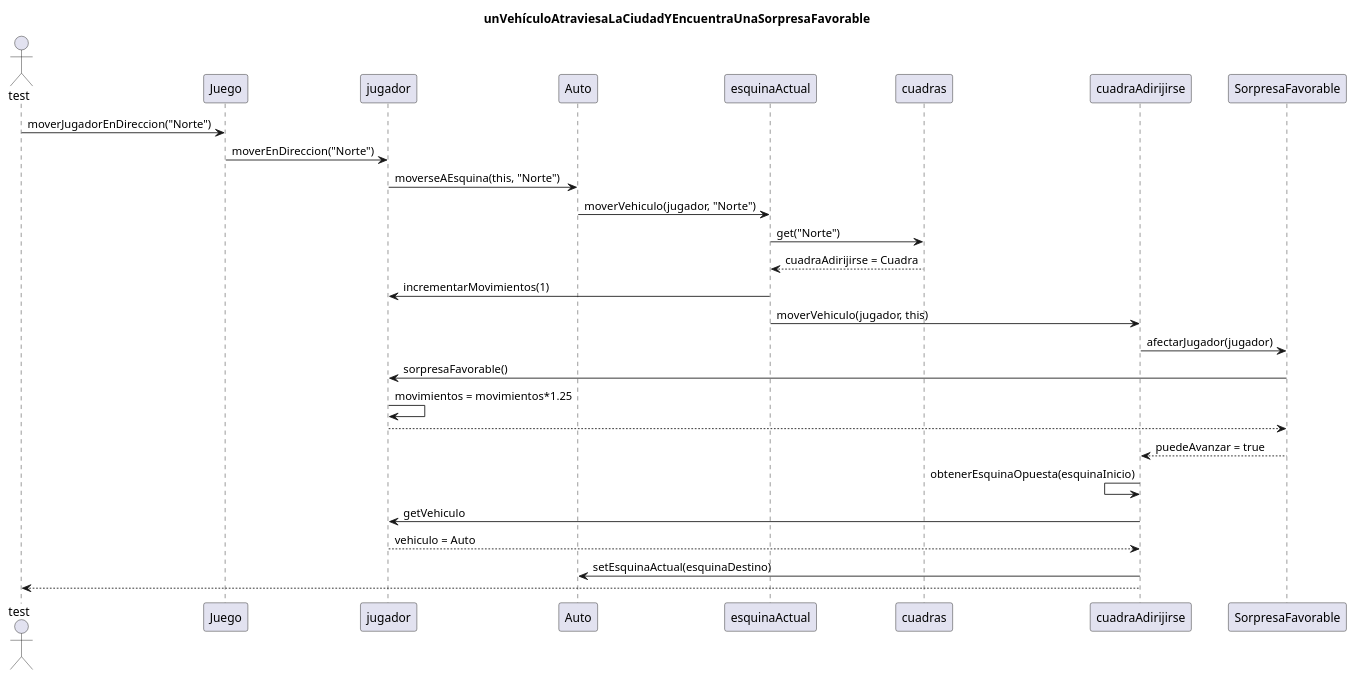
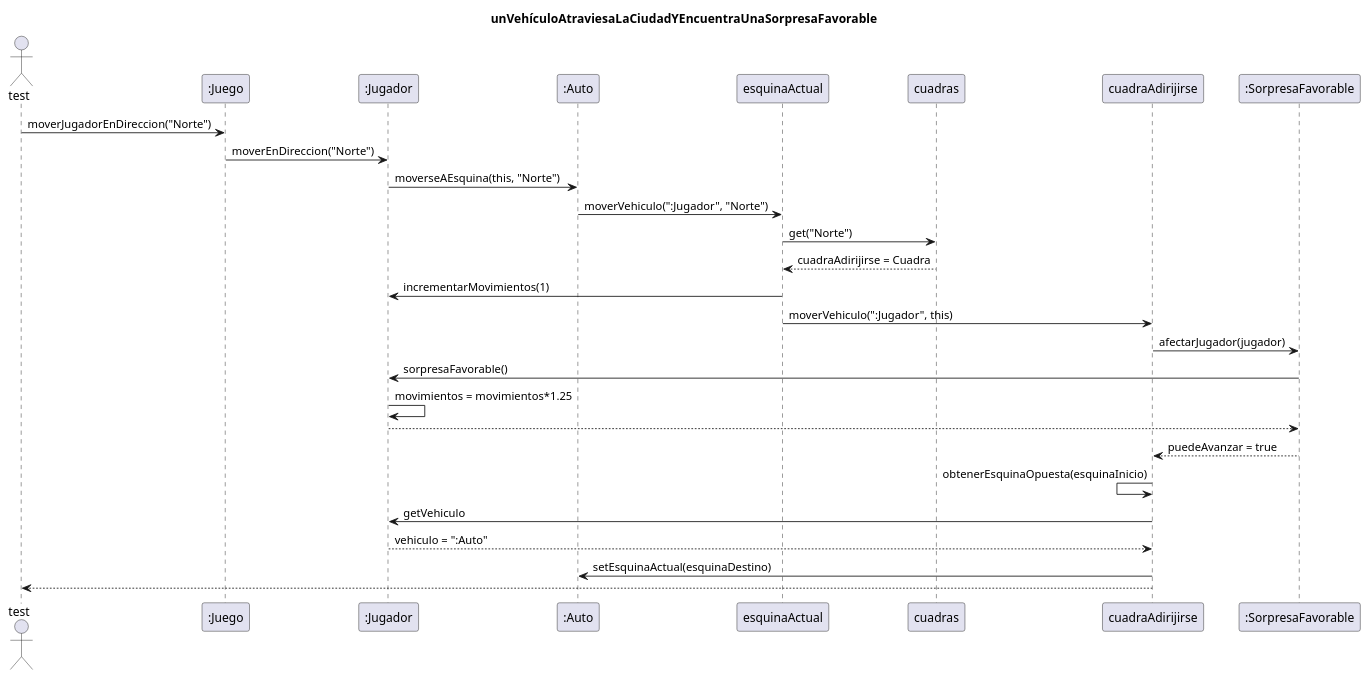
The diagram in diagrams/sequences/entrega02/CasoDeUso01.plantuml (TP2Algo3FIUBA/tp2), drawn with PlantUML before and after one commit. The commit also changed 2 other files, not shown here.

Commit message:
Diagrama de secuencia caso de uso 3 semana 2

```diff
--- a/diagrams/sequences/entrega02/CasoDeUso01.plantuml
+++ b/diagrams/sequences/entrega02/CasoDeUso01.plantuml
@@ -1,26 +1,26 @@
 @startuml
 
 title: unVehículoAtraviesaLaCiudadYEncuentraUnaSorpresaFavorable
 
 
 Actor test
-test -> Juego : moverJugadorEnDireccion("Norte")
-Juego -> jugador : moverEnDireccion("Norte")
-jugador -> Auto : moverseAEsquina(this, "Norte")
-Auto -> esquinaActual : moverVehiculo(jugador, "Norte")
+test -> ":Juego" : moverJugadorEnDireccion("Norte")
+":Juego" -> ":Jugador" : moverEnDireccion("Norte")
+":Jugador" -> ":Auto" : moverseAEsquina(this, "Norte")
+":Auto" -> esquinaActual : moverVehiculo(":Jugador", "Norte")
 esquinaActual -> cuadras : get("Norte")
 esquinaActual <-- cuadras : cuadraAdirijirse = Cuadra
-esquinaActual -> jugador : incrementarMovimientos(1)
-esquinaActual -> cuadraAdirijirse : moverVehiculo(jugador, this)
-cuadraAdirijirse -> SorpresaFavorable : afectarJugador(jugador)
-SorpresaFavorable -> jugador : sorpresaFavorable()
-jugador -> jugador : movimientos = movimientos*1.25
-SorpresaFavorable <-- jugador
-cuadraAdirijirse <-- SorpresaFavorable : puedeAvanzar = true
+esquinaActual -> ":Jugador" : incrementarMovimientos(1)
+esquinaActual -> cuadraAdirijirse : moverVehiculo(":Jugador", this)
+cuadraAdirijirse -> ":SorpresaFavorable" : afectarJugador(jugador)
+":SorpresaFavorable" -> ":Jugador" : sorpresaFavorable()
+":Jugador" -> ":Jugador" : movimientos = movimientos*1.25
+":SorpresaFavorable" <-- ":Jugador"
+cuadraAdirijirse <-- ":SorpresaFavorable" : puedeAvanzar = true
 cuadraAdirijirse <- cuadraAdirijirse : obtenerEsquinaOpuesta(esquinaInicio)
-cuadraAdirijirse -> jugador : getVehiculo
-cuadraAdirijirse <-- jugador : vehiculo = Auto
-cuadraAdirijirse -> Auto : setEsquinaActual(esquinaDestino)
+cuadraAdirijirse -> ":Jugador" : getVehiculo
+cuadraAdirijirse <-- ":Jugador" : vehiculo = ":Auto"
+cuadraAdirijirse -> ":Auto" : setEsquinaActual(esquinaDestino)
 test <-- cuadraAdirijirse
 
 @enduml
```
